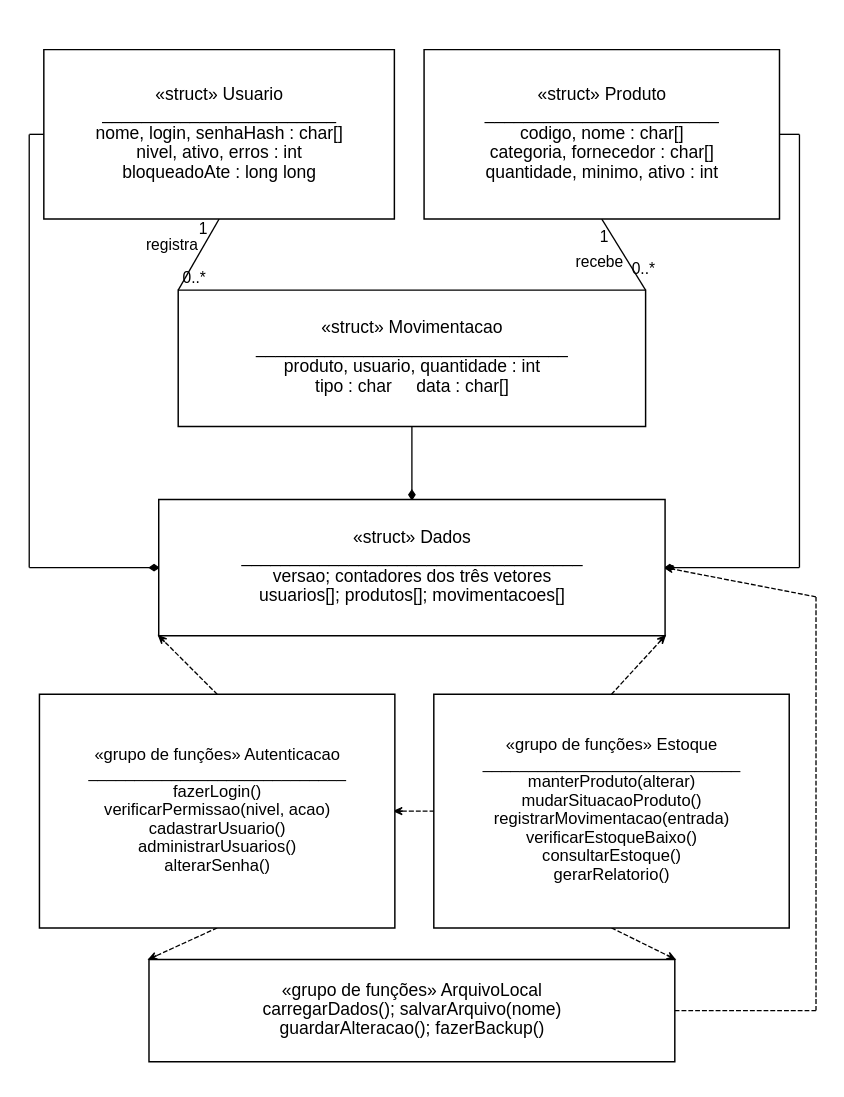
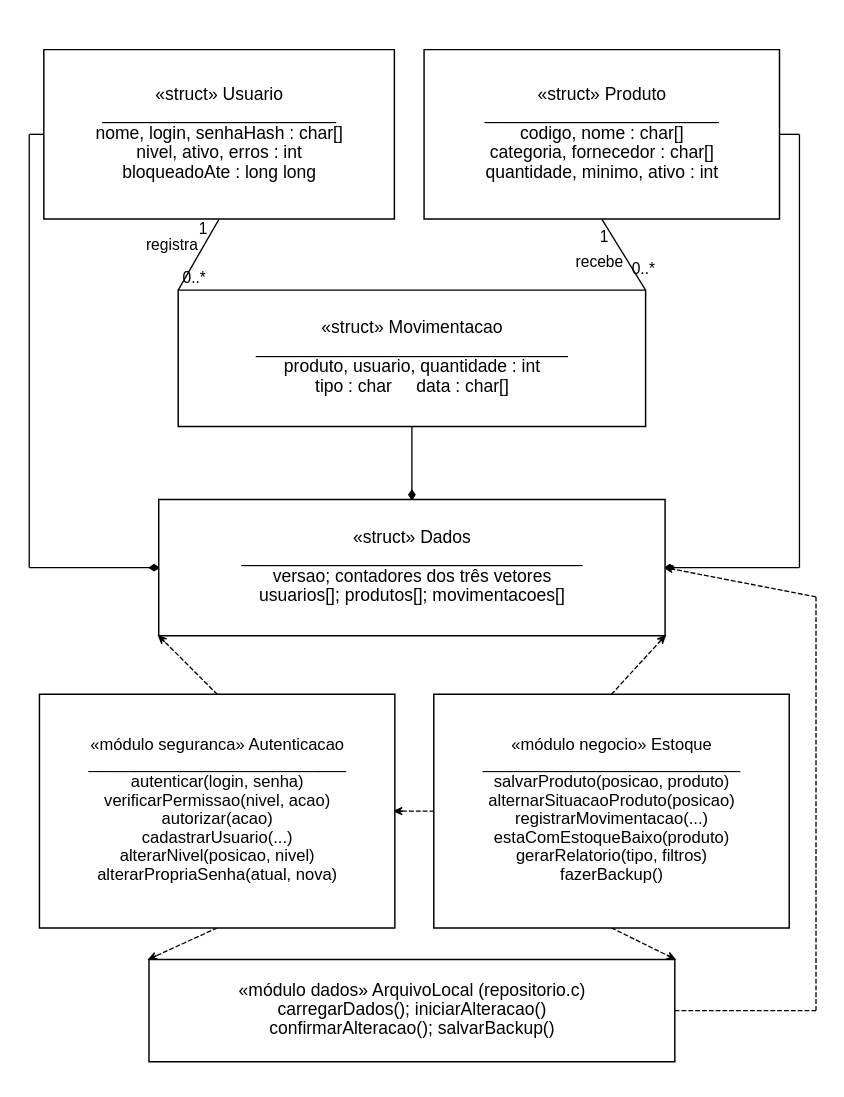
The diagram in diagramas/fontes/03_diagrama_classes.dot (Fontesvini/EstoqueFacil_PIM-II), drawn with Graphviz before and after one commit. The commit also changed 15 other files, not shown here.

```diff
--- a/diagramas/fontes/03_diagrama_classes.dot
+++ b/diagramas/fontes/03_diagrama_classes.dot
@@ -1,37 +1,37 @@
 digraph G {
 graph [layout=neato, overlap=true, splines=line, outputorder=edgesfirst, bgcolor="white", pad="0.08", margin=0, notranslate=true];
 node [pin=true, fontname="Arial", fontsize=18, shape=box, fixedsize=true, margin=0, color="black", style="filled", fillcolor="white", penwidth=1.5];
 edge [fontname="Arial", fontsize=16, color="black", penwidth=1.35, arrowsize=0.8];
 _a [label="", pos="0.0,0.0!", width="0.0", height="0.0", shape="point", style="invis"];
 _z [label="", pos="11.666666666666666,-15.277777777777779!", width="0.0", height="0.0", shape="point", style="invis"];
 U [label="«struct» Usuario\n________________________\nnome, login, senhaHash : char[]\nnivel, ativo, erros : int\nbloqueadoAte : long long", pos="2.9444444444444446,-1.7361111111111112!", width="5.0", height="2.4166666666666665", shape="box", fontsize="18"];
 P [label="«struct» Produto\n________________________\ncodigo, nome : char[]\ncategoria, fornecedor : char[]\nquantidade, minimo, ativo : int", pos="8.402777777777779,-1.7361111111111112!", width="5.069444444444445", height="2.4166666666666665", shape="box", fontsize="18"];
 M [label="«struct» Movimentacao\n________________________________\nproduto, usuario, quantidade : int\ntipo : char     data : char[]", pos="5.694444444444445,-4.930555555555555!", width="6.666666666666667", height="1.9444444444444444", shape="box", fontsize="18"];
 U:s -> M:nw [arrowhead="none", label="registra", taillabel="1", headlabel="0..*", labeldistance="2.0"];
 P:s -> M:ne [arrowhead="none", label="recebe", taillabel="1", headlabel="0..*", labeldistance="2.0"];
 D [label="«struct» Dados\n___________________________________\nversao; contadores dos três vetores\nusuarios[]; produtos[]; movimentacoes[]", pos="5.694444444444445,-7.916666666666667!", width="7.222222222222222", height="1.9444444444444444", shape="box", fontsize="18"];
 D:n -> M:s [arrowhead="none", dir="both", arrowtail="diamond"];
 p1 [label="", pos="0.2361111111111111,-7.916666666666667!", width="0.0", height="0.0", shape="point", style="invis"];
 p2 [label="", pos="0.2361111111111111,-1.7361111111111112!", width="0.0", height="0.0", shape="point", style="invis"];
 D:w -> p1 [arrowhead="none", dir="both", arrowtail="diamond"];
 p1 -> p2 [arrowhead="none"];
 p2 -> U:w [arrowhead="none"];
 p3 [label="", pos="11.222222222222221,-7.916666666666667!", width="0.0", height="0.0", shape="point", style="invis"];
 p4 [label="", pos="11.222222222222221,-1.7361111111111112!", width="0.0", height="0.0", shape="point", style="invis"];
 D:e -> p3 [arrowhead="none", dir="both", arrowtail="diamond"];
 p3 -> p4 [arrowhead="none"];
 p4 -> P:e [arrowhead="none"];
-A [label="«grupo de funções» Autenticacao\n____________________________\nfazerLogin()\nverificarPermissao(nivel, acao)\ncadastrarUsuario()\nadministrarUsuarios()\nalterarSenha()", pos="2.9166666666666665,-11.38888888888889!", width="5.069444444444445", height="3.3333333333333335", shape="box", fontsize="17"];
-E [label="«grupo de funções» Estoque\n____________________________\nmanterProduto(alterar)\nmudarSituacaoProduto()\nregistrarMovimentacao(entrada)\nverificarEstoqueBaixo()\nconsultarEstoque()\ngerarRelatorio()", pos="8.541666666666666,-11.38888888888889!", width="5.069444444444445", height="3.3333333333333335", shape="box", fontsize="17"];
-F [label="«grupo de funções» ArquivoLocal\ncarregarDados(); salvarArquivo(nome)\nguardarAlteracao(); fazerBackup()", pos="5.694444444444445,-14.23611111111111!", width="7.5", height="1.4583333333333333", shape="box", fontsize="18"];
+A [label="«módulo seguranca» Autenticacao\n____________________________\nautenticar(login, senha)\nverificarPermissao(nivel, acao)\nautorizar(acao)\ncadastrarUsuario(...)\nalterarNivel(posicao, nivel)\nalterarPropriaSenha(atual, nova)", pos="2.9166666666666665,-11.38888888888889!", width="5.069444444444445", height="3.3333333333333335", shape="box", fontsize="17"];
+E [label="«módulo negocio» Estoque\n____________________________\nsalvarProduto(posicao, produto)\nalternarSituacaoProduto(posicao)\nregistrarMovimentacao(...)\nestaComEstoqueBaixo(produto)\ngerarRelatorio(tipo, filtros)\nfazerBackup()", pos="8.541666666666666,-11.38888888888889!", width="5.069444444444445", height="3.3333333333333335", shape="box", fontsize="17"];
+F [label="«módulo dados» ArquivoLocal (repositorio.c)\ncarregarDados(); iniciarAlteracao()\nconfirmarAlteracao(); salvarBackup()", pos="5.694444444444445,-14.23611111111111!", width="7.5", height="1.4583333333333333", shape="box", fontsize="18"];
 E:w -> A:e [arrowhead="open", style="dashed"];
 A:s -> F:nw [arrowhead="open", style="dashed"];
 E:s -> F:ne [arrowhead="open", style="dashed"];
 p5 [label="", pos="11.458333333333334,-14.23611111111111!", width="0.0", height="0.0", shape="point", style="invis"];
 p6 [label="", pos="11.458333333333334,-8.333333333333334!", width="0.0", height="0.0", shape="point", style="invis"];
 F:e -> p5 [arrowhead="none", style="dashed"];
 p5 -> p6 [arrowhead="none", style="dashed"];
 p6 -> D:e [arrowhead="open", style="dashed"];
 A:n -> D:sw [arrowhead="open", style="dashed"];
 E:n -> D:se [arrowhead="open", style="dashed"];
 }
```
